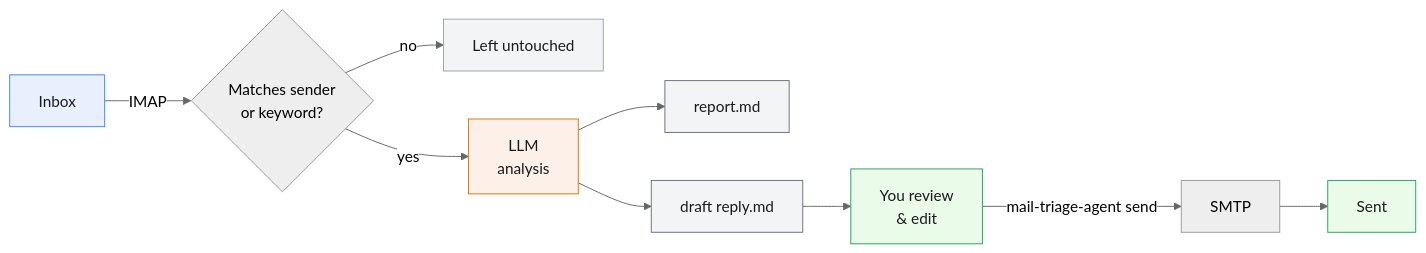
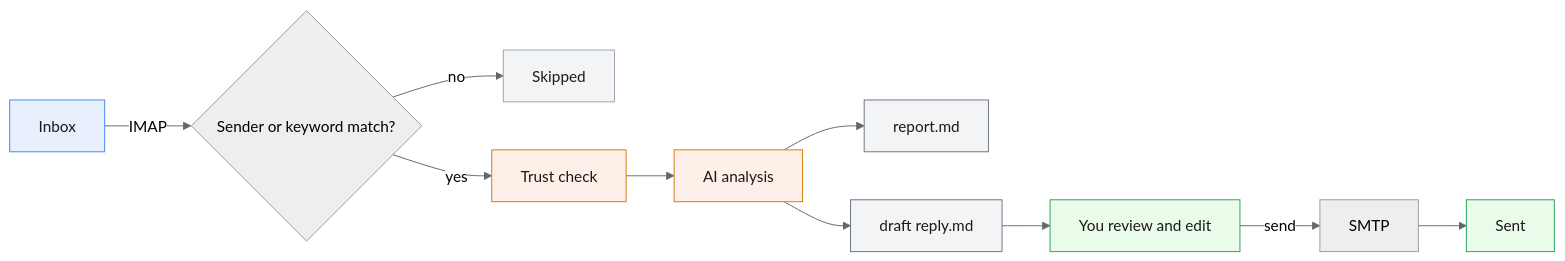
The diagram in README.md (RutkayAzizAksu/mail-triage-agent), drawn with Mermaid (neutral theme) before and after one commit.

Commit message:
fix: rebuild mermaid diagram without HTML tags for GitHub compatibility
The previous <br/> fix still failed to render on GitHub even though it
tested fine locally with mermaid-cli — GitHub's SVG rendering path
apparently doesn't tolerate embedded HTML tags in node labels the same
way. Rebuilt with plain single-line text labels only, no HTML, no
escape sequences. Verified with mermaid-cli.

````diff
--- a/README.md
+++ b/README.md
@@ -59,19 +59,21 @@
 ```mermaid
 flowchart LR
-    A["Inbox"] -->|IMAP| B{"Matches sender<br/>or keyword?"}
-    B -->|no| Z["Left untouched"]
-    B -->|yes| C["LLM<br/>analysis"]
-    C --> D["report.md"]
-    C --> E["draft reply.md"]
-    E --> F["You review<br/>&amp; edit"]
-    F -->|"mail-triage-agent send"| G["SMTP"]
-    G --> H["Sent"]
+    A["Inbox"] -->|"IMAP"| B{"Sender or keyword match?"}
+    B -->|"no"| Z["Skipped"]
+    B -->|"yes"| C["Trust check"]
+    C --> D["AI analysis"]
+    D --> E["report.md"]
+    D --> F["draft reply.md"]
+    F --> G["You review and edit"]
+    G -->|"send"| H["SMTP"]
+    H --> I["Sent"]
 
     style A fill:#e8f0fe,stroke:#4285f4,color:#1a1a1a
     style C fill:#fdf0e8,stroke:#d97706,color:#1a1a1a
-    style D fill:#f3f4f6,stroke:#6b7280,color:#1a1a1a
+    style D fill:#fdf0e8,stroke:#d97706,color:#1a1a1a
     style E fill:#f3f4f6,stroke:#6b7280,color:#1a1a1a
-    style F fill:#eafbea,stroke:#22a55e,color:#1a1a1a
-    style H fill:#eafbea,stroke:#22a55e,color:#1a1a1a
+    style F fill:#f3f4f6,stroke:#6b7280,color:#1a1a1a
+    style G fill:#eafbea,stroke:#22a55e,color:#1a1a1a
+    style I fill:#eafbea,stroke:#22a55e,color:#1a1a1a
     style Z fill:#f3f4f6,stroke:#9ca3af,color:#1a1a1a
 ```
````
